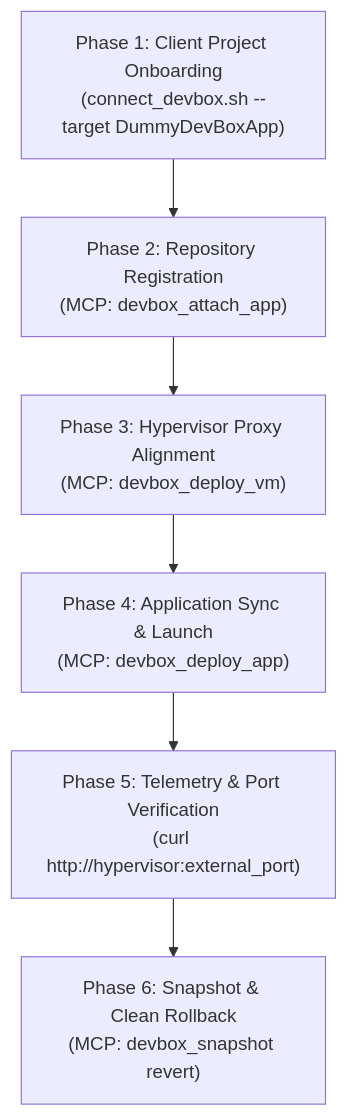
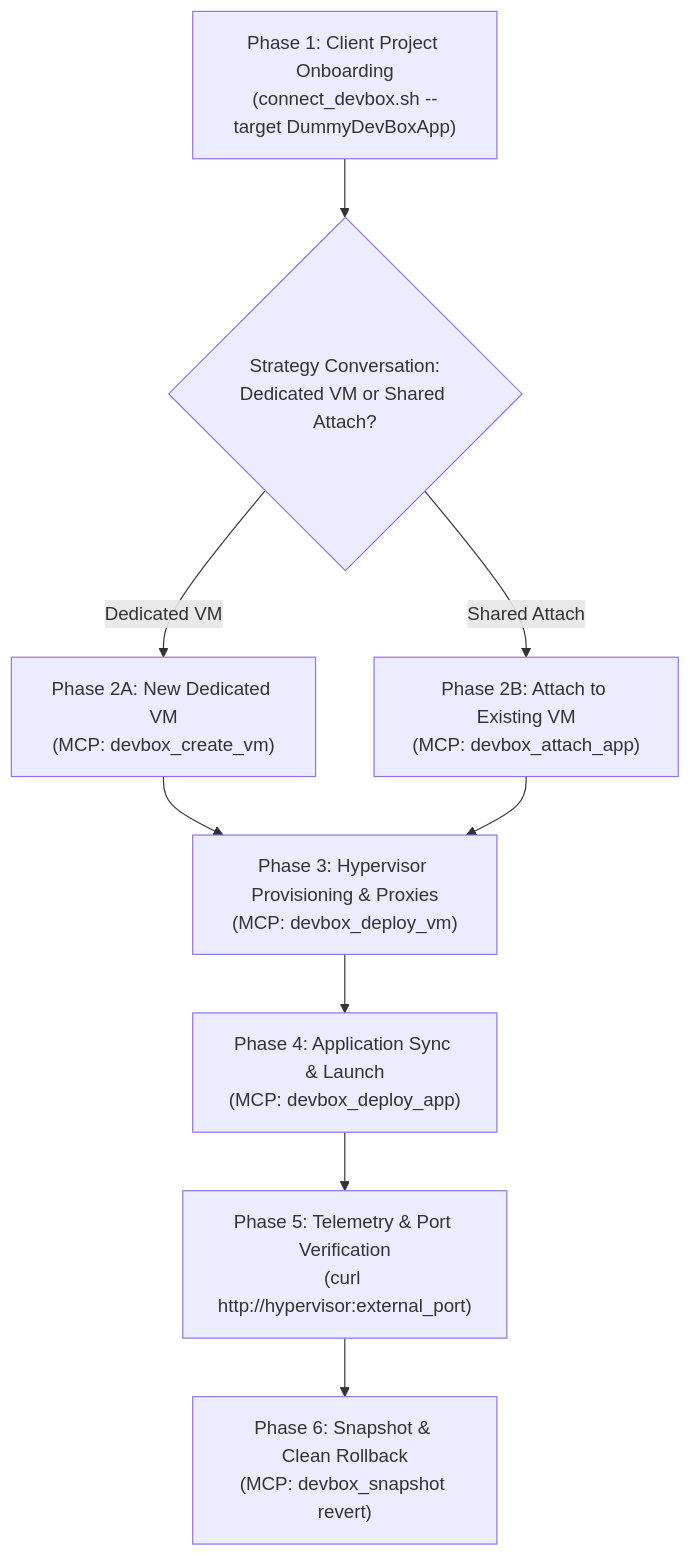
The diagram in docs/INTEGRATION_TESTING.md (simplybarter/AirlockVM), drawn with Mermaid before and after one commit. The commit also changed other lines of this file and 2 other files, not shown here.

First line of the commit message:
feat(mcp): add devbox_create_vm tool and support both dedicated and attached deployment topologies

````diff
--- a/docs/INTEGRATION_TESTING.md
+++ b/docs/INTEGRATION_TESTING.md
@@ -38,8 +38,11 @@
 ```mermaid
 flowchart TD
-    P1["Phase 1: Client Project Onboarding<br/>(connect_devbox.sh --target DummyDevBoxApp)"] --> P2["Phase 2: Repository Registration<br/>(MCP: devbox_attach_app)"]
-    P2 --> P3["Phase 3: Hypervisor Proxy Alignment<br/>(MCP: devbox_deploy_vm)"]
+    P1["Phase 1: Client Project Onboarding<br/>(connect_devbox.sh --target DummyDevBoxApp)"] --> Strategy{"Strategy Conversation:<br/>Dedicated VM or Shared Attach?"}
+    Strategy -->|Dedicated VM| P2A["Phase 2A: New Dedicated VM<br/>(MCP: devbox_create_vm)"]
+    Strategy -->|Shared Attach| P2B["Phase 2B: Attach to Existing VM<br/>(MCP: devbox_attach_app)"]
+    P2A --> P3["Phase 3: Hypervisor Provisioning & Proxies<br/>(MCP: devbox_deploy_vm)"]
+    P2B --> P3
     P3 --> P4["Phase 4: Application Sync & Launch<br/>(MCP: devbox_deploy_app)"]
     P4 --> P5["Phase 5: Telemetry & Port Verification<br/>(curl http://hypervisor:external_port)"]
     P5 --> P6["Phase 6: Snapshot & Clean Rollback<br/>(MCP: devbox_snapshot revert)"]
 ```
````
